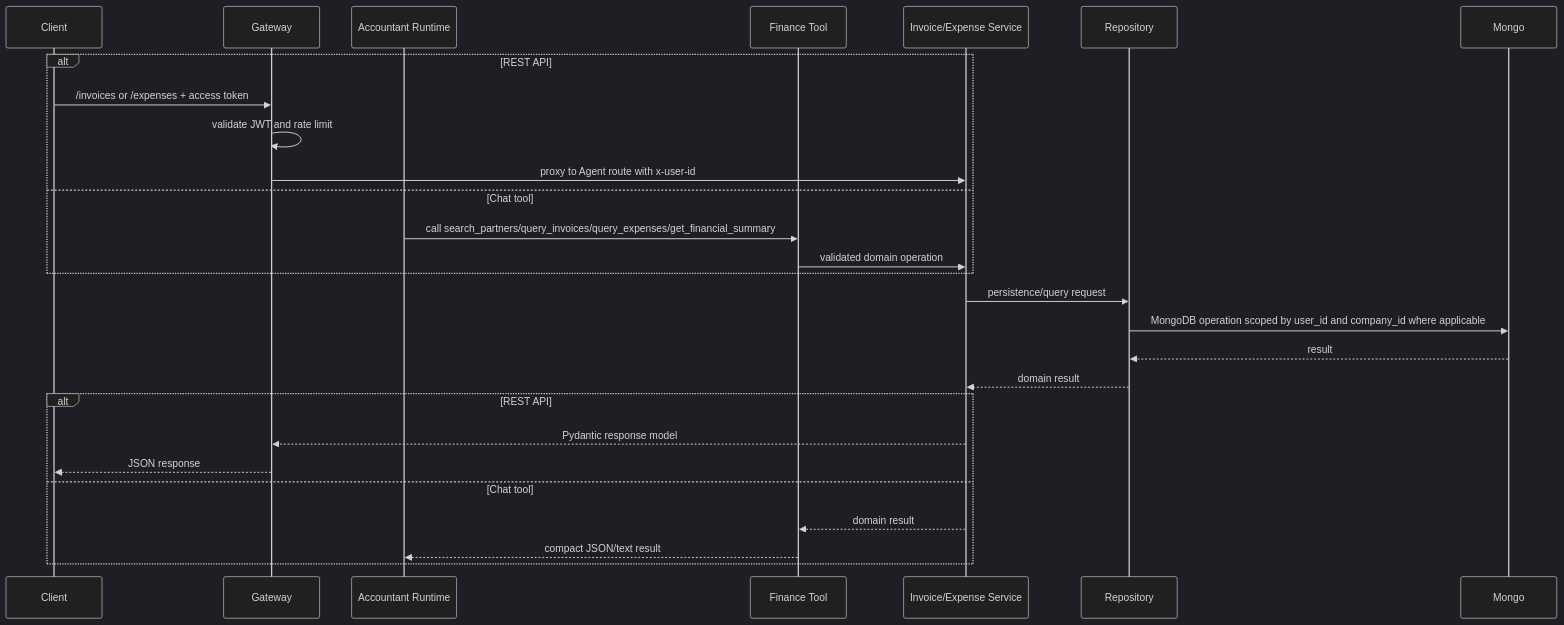
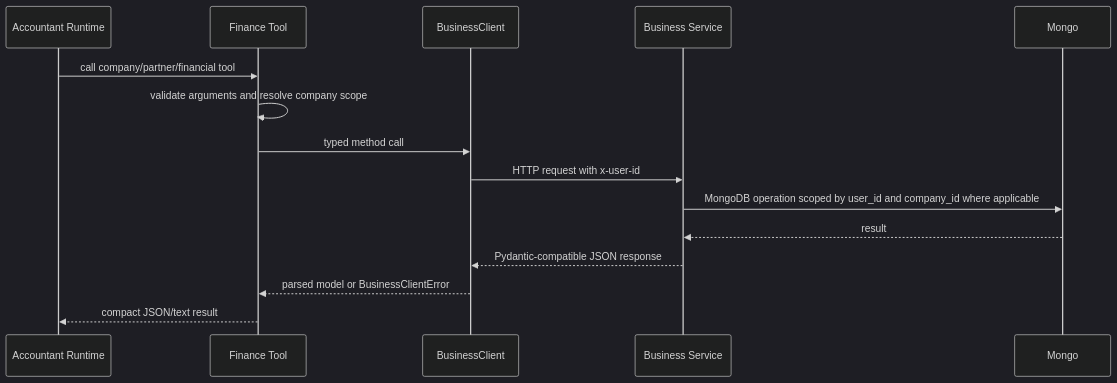
One commit to valiobar/agents changed the sixth of 7 diagrams in docs/services/agent/data-flow.md. Above: the diagram before and after it, drawn with Mermaid (dark theme). The commit also changed other lines of this file and 85 other files, not shown here.

First line of the commit message:
Add Business Service integration

````diff
--- a/docs/services/agent/data-flow.md
+++ b/docs/services/agent/data-flow.md
@@ -150,30 +165,18 @@
 ```mermaid
 sequenceDiagram
-    participant Client
-    participant Gateway
     participant Runtime as Accountant Runtime
     participant Tool as Finance Tool
-    participant Service as Invoice/Expense Service
-    participant Repo as Repository
+    participant Client as BusinessClient
+    participant Business as Business Service
     participant Mongo
 
-    alt REST API
-        Client->>Gateway: /invoices or /expenses + access token
-        Gateway->>Gateway: validate JWT and rate limit
-        Gateway->>Service: proxy to Agent route with x-user-id
-    else Chat tool
-        Runtime->>Tool: call search_partners/query_invoices/query_expenses/get_financial_summary
-        Tool->>Service: validated domain operation
-    end
-    Service->>Repo: persistence/query request
-    Repo->>Mongo: MongoDB operation scoped by user_id and company_id where applicable
-    Mongo-->>Repo: result
-    Repo-->>Service: domain result
-    alt REST API
-        Service-->>Gateway: Pydantic response model
-        Gateway-->>Client: JSON response
-    else Chat tool
-        Service-->>Tool: domain result
-        Tool-->>Runtime: compact JSON/text result
-    end
+    Runtime->>Tool: call company/partner/financial tool
+    Tool->>Tool: validate arguments and resolve company scope
+    Tool->>Client: typed method call
+    Client->>Business: HTTP request with x-user-id
+    Business->>Mongo: MongoDB operation scoped by user_id and company_id where applicable
+    Mongo-->>Business: result
+    Business-->>Client: Pydantic-compatible JSON response
+    Client-->>Tool: parsed model or BusinessClientError
+    Tool-->>Runtime: compact JSON/text result
 ```
````
